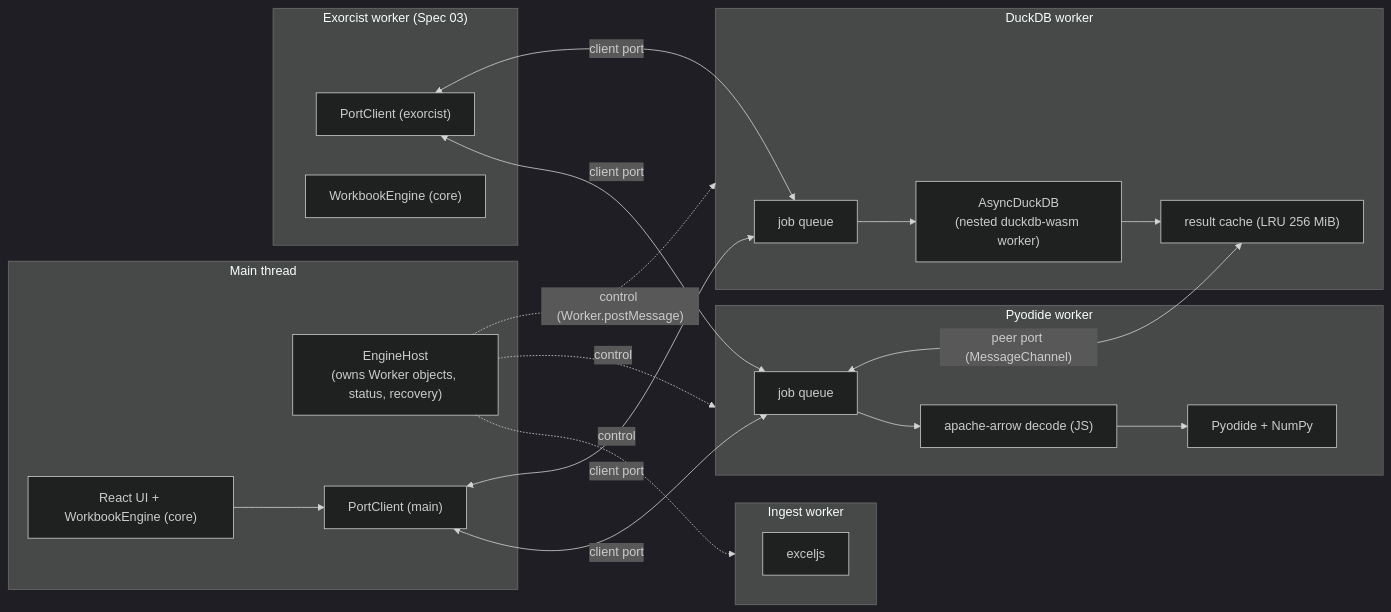
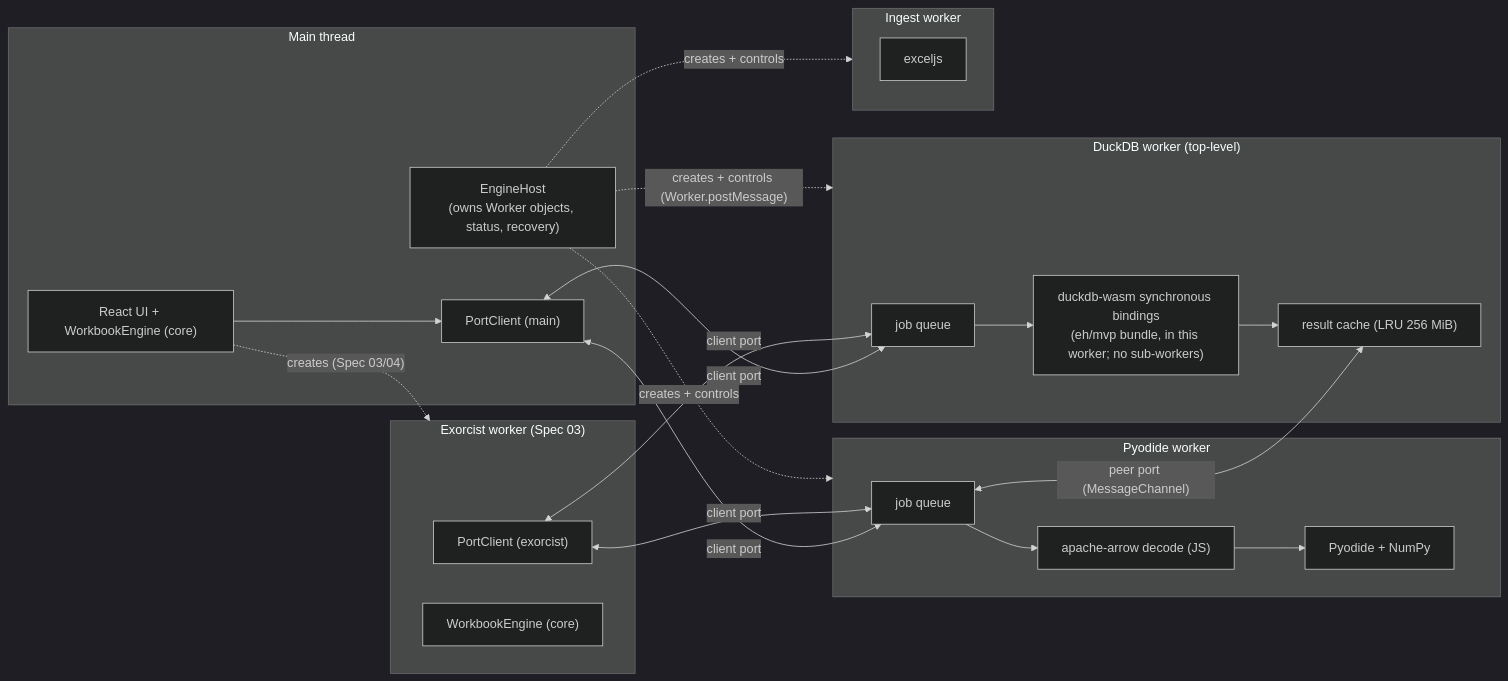
The first of 6 diagrams in .kiro/specs/02-wasm-worker-bridge/design.md (g4stein/SUTURE), drawn with Mermaid (dark theme) before and after one commit. The commit also changed other lines of this file and 17 other files, not shown here.

````diff
--- a/.kiro/specs/02-wasm-worker-bridge/design.md
+++ b/.kiro/specs/02-wasm-worker-bridge/design.md
@@ -7,37 +7,38 @@
 ```mermaid
 flowchart LR
   subgraph main["Main thread"]
     UI["React UI + WorkbookEngine (core)"]
     HOST["EngineHost<br/>(owns Worker objects, status, recovery)"]
     MC["PortClient (main)"]
   end
   subgraph exo["Exorcist worker (Spec 03)"]
     EC["PortClient (exorcist)"]
     EWB["WorkbookEngine (core)"]
   end
-  subgraph ddb["DuckDB worker"]
+  subgraph ddb["DuckDB worker (top-level)"]
     DQ["job queue"]
-    ADB["AsyncDuckDB<br/>(nested duckdb-wasm worker)"]
+    ADB["duckdb-wasm synchronous bindings<br/>(eh/mvp bundle, in this worker; no sub-workers)"]
     RC["result cache (LRU 256 MiB)"]
   end
   subgraph py["Pyodide worker"]
     PQ["job queue"]
     ARW["apache-arrow decode (JS)"]
     PYO["Pyodide + NumPy"]
   end
   subgraph ing["Ingest worker"]
     XJ["exceljs"]
   end
   UI --> MC
   MC <-- "client port" --> DQ
   MC <-- "client port" --> PQ
   EC <-- "client port" --> DQ
   EC <-- "client port" --> PQ
   PQ <-- "peer port (MessageChannel)" --> RC
-  HOST -. "control (Worker.postMessage)" .-> ddb
-  HOST -. control .-> py
-  HOST -. control .-> ing
+  HOST -. "creates + controls (Worker.postMessage)" .-> ddb
+  HOST -. "creates + controls" .-> py
+  HOST -. "creates + controls" .-> ing
+  UI -. "creates (Spec 03/04)" .-> exo
   DQ --> ADB
   ADB --> RC
   PQ --> ARW --> PYO
 ```
````
